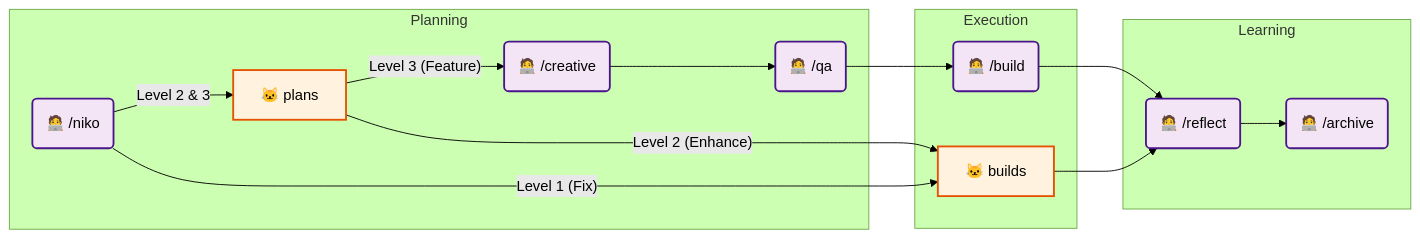
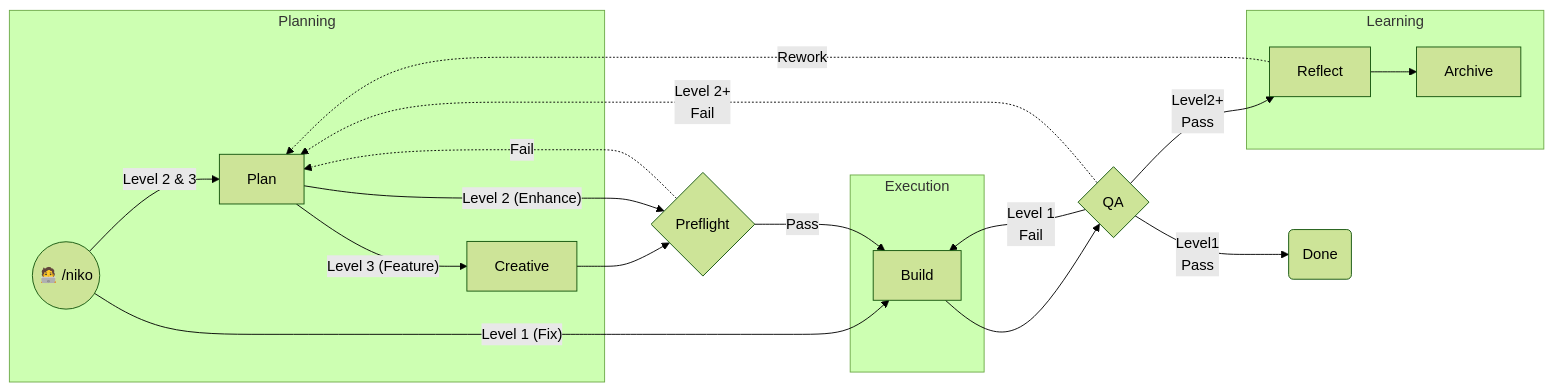
One commit to Texarkanine/.cursor-rules changed the second of 6 diagrams in rulesets/niko/README.md. Above: the diagram before and after it, drawn with Mermaid (forest theme). The commit also changed other lines of this file and 114 other files, not shown here.

````diff
--- a/rulesets/niko/README.md
+++ b/rulesets/niko/README.md
@@ -48,47 +83,45 @@
 ```mermaid
 flowchart LR
 
 	%% Nodes
-	Niko("🧑‍💻 /niko")
-	NikoPlan["🐱 plans"]
-	NikoBuild["🐱 builds"]
-
-	Creative("🧑‍💻 /creative")
-	QA("🧑‍💻 /qa")
-
-	Archive("🧑‍💻 /archive")
+	Niko(("🧑‍💻 /niko"))
+	Plan["Plan"]
+	Creative["Creative"]
+	Preflight{"Preflight"}
+	QA{"QA"}
+	Archive["Archive"]
 
 	%% Paths
 	subgraph Planning
-        Niko -- "Level 2 & 3" --> NikoPlan
+        Niko -- "Level 2 & 3" --> Plan
 
-        NikoPlan -- "Level 3 (Feature)" --> Creative
+        Plan -- "Level 3 (Feature)" --> Creative
 
-        Creative --> QA
+        
 	end
 
-    QA --> ManBuild
+    Creative --> Preflight
+    Niko -- "Level 1 (Fix)" --> Build
+    Plan -- "Level 2 (Enhance)" --> Preflight
+
+	Preflight -->|"Pass"| Build
+    Preflight -.->|"Fail"| Plan
 
 	subgraph Execution
-        ManBuild("🧑‍💻 /build")
-        Niko -- "Level 1 (Fix)" --> NikoBuild
-        NikoPlan -- "Level 2 (Enhance)" --> NikoBuild
+        Build["Build"]
 	end
 
-    ManBuild --> Reflect
+    Build --> QA
+    
+	QA -->|"Level 1<br>Fail"| Build
+    QA -.->|"Level 2+<br>Fail"| Plan
+	QA -->|"Level1<br>Pass"| Done("Done")
+    QA -->|"Level2+<br>Pass"| Reflect
 	
 	subgraph Learning
-        Reflect("🧑‍💻 /reflect")
-        NikoBuild --> Reflect
-        
+        Reflect["Reflect"]
+        Reflect -.->|"Rework"| Plan
 
         Reflect --> Archive
 	end
-
-	%% --- STYLING ---
-	classDef humanNode fill:#f3e5f5,stroke:#4a148c,stroke-width:2px;
-	classDef aiNode fill:#fff3e0,stroke:#e65100,stroke-width:2px;
-
-	class Niko,Creative,QA,ManBuild,Reflect,Archive humanNode;
-	class NikoPlan,NikoBuild aiNode;
 ```
````
